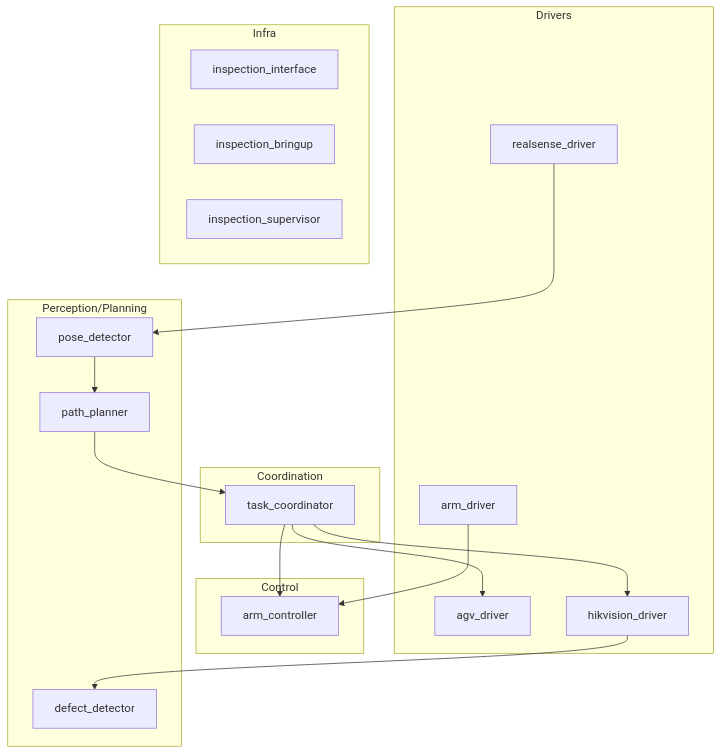
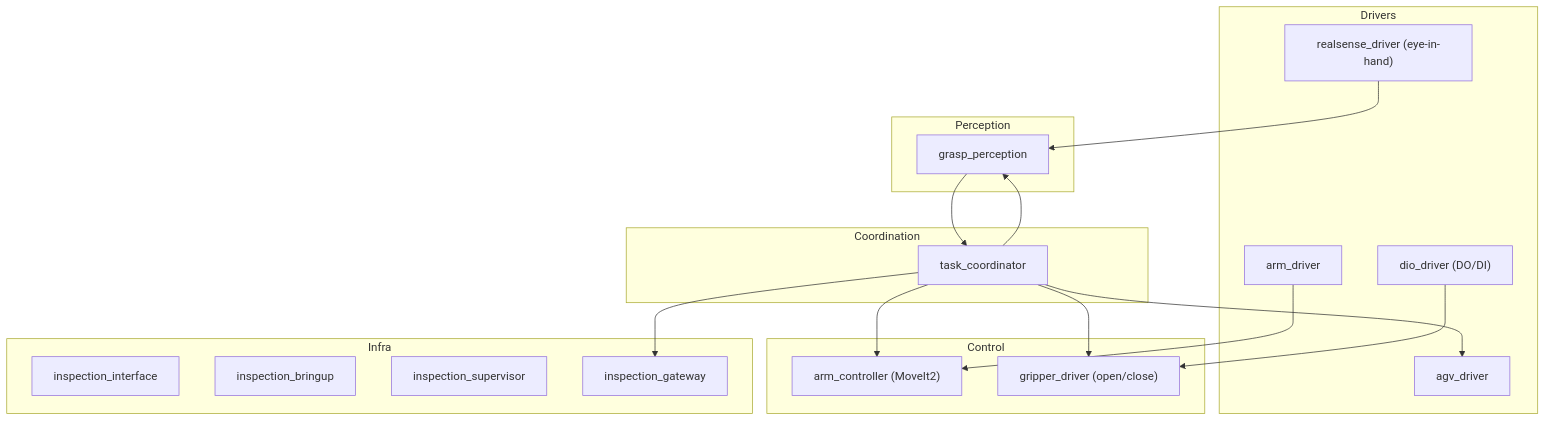
One commit to Misaka21/inspection-robot changed the diagram in README.md. Above: the diagram before and after it, drawn with Mermaid. The commit also changed other lines of this file and 2 other files, not shown here.

````diff
--- a/README.md
+++ b/README.md
@@ -85,38 +104,39 @@
 ```mermaid
 flowchart TB
   subgraph Drivers["Drivers"]
     D1["agv_driver"]
     D2["arm_driver"]
-    D3["realsense_driver"]
-    D4["hikvision_driver"]
+    D3["realsense_driver (eye-in-hand)"]
+    D4["dio_driver (DO/DI)"]
   end
 
   subgraph Control["Control"]
-    C1["arm_controller"]
+    C1["arm_controller (MoveIt2)"]
+    C2["gripper_driver (open/close)"]
   end
 
-  subgraph Algo["Perception/Planning"]
-    A1["pose_detector"]
-    A2["path_planner"]
-    A3["defect_detector"]
+  subgraph Algo["Perception"]
+    A1["grasp_perception"]
   end
 
   subgraph Coord["Coordination"]
     CO1["task_coordinator"]
   end
 
   subgraph Infra["Infra"]
     I1["inspection_interface"]
     I2["inspection_bringup"]
     I3["inspection_supervisor"]
+    I4["inspection_gateway"]
   end
 
   D3 --> A1
-  D4 --> A3
-  A1 --> A2
-  A2 --> CO1
+  A1 --> CO1
   D2 --> C1
+  D4 --> C2
   CO1 --> D1
   CO1 --> C1
-  CO1 --> D4
+  CO1 --> C2
+  CO1 --> A1
+  CO1 --> I4
 ```
````
